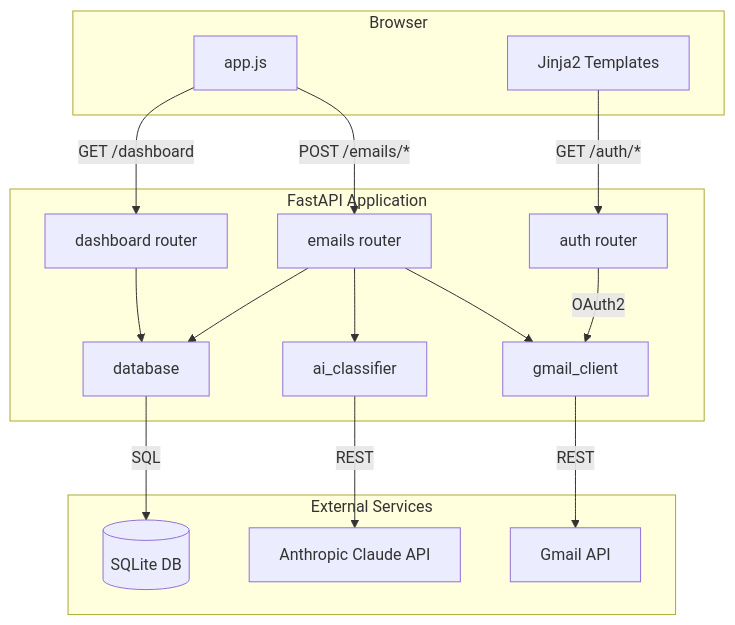
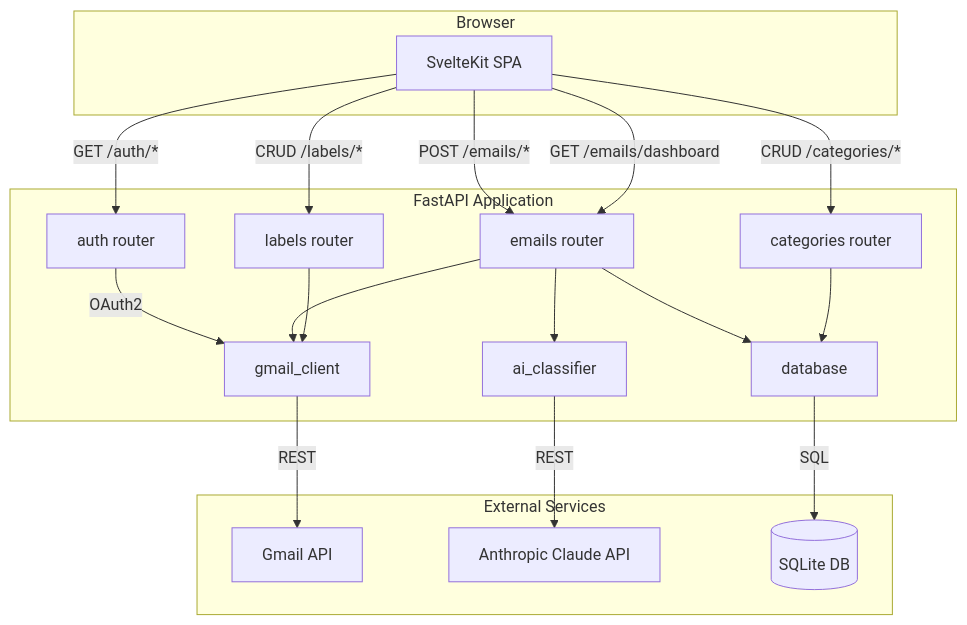
The first of 4 diagrams in docs/ARCHITECTURE.md (caleblmyers/email-cleaner), drawn with Mermaid before and after one commit. The commit also changed other lines of this file and 3 other files, not shown here.

First line of the commit message:
Update all documentation for SvelteKit SPA architecture

````diff
--- a/docs/ARCHITECTURE.md
+++ b/docs/ARCHITECTURE.md
@@ -7,36 +7,39 @@
 ```mermaid
 graph TB
     subgraph client [Browser]
-        JS[app.js]
-        HTML[Jinja2 Templates]
+        SPA[SvelteKit SPA]
     end
 
     subgraph server [FastAPI Application]
         AuthRouter[auth router]
-        DashRouter[dashboard router]
         EmailRouter[emails router]
+        CatRouter[categories router]
+        LabelRouter[labels router]
         Classifier[ai_classifier]
         GmailClient[gmail_client]
         DB[database]
     end
 
     subgraph external [External Services]
         Gmail[Gmail API]
         Claude[Anthropic Claude API]
         SQLite[(SQLite DB)]
     end
 
-    JS -->|POST /emails/*| EmailRouter
-    JS -->|GET /dashboard| DashRouter
-    HTML -->|GET /auth/*| AuthRouter
+    SPA -->|POST /emails/*| EmailRouter
+    SPA -->|GET /emails/dashboard| EmailRouter
+    SPA -->|CRUD /categories/*| CatRouter
+    SPA -->|CRUD /labels/*| LabelRouter
+    SPA -->|GET /auth/*| AuthRouter
 
     AuthRouter -->|OAuth2| GmailClient
-    DashRouter --> DB
     EmailRouter --> GmailClient
     EmailRouter --> Classifier
     EmailRouter --> DB
+    CatRouter --> DB
+    LabelRouter --> GmailClient
 
     GmailClient -->|REST| Gmail
     Classifier -->|REST| Claude
     DB -->|SQL| SQLite
 ```
````
